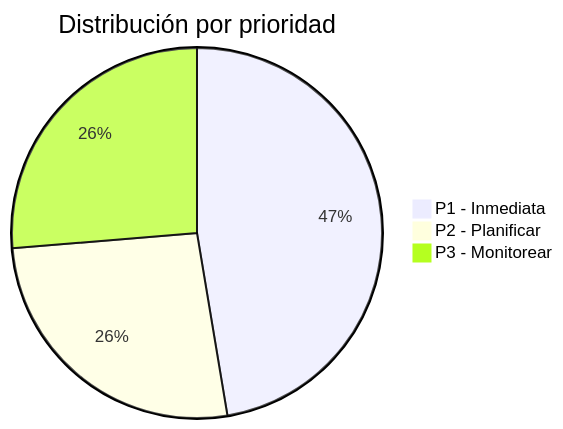
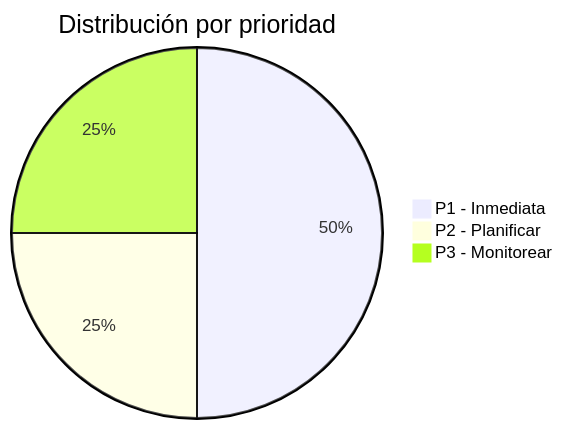
One commit to harrysxavio/opencode-architecture changed the second of 2 diagrams in docs/opencode-architecture/09-risk-register.md. Above: the diagram before and after it, drawn with Mermaid. The commit also changed other lines of this file and 4 other files, not shown here.

````diff
--- a/docs/opencode-architecture/09-risk-register.md
+++ b/docs/opencode-architecture/09-risk-register.md
@@ -75,6 +77,6 @@
 ```mermaid
 pie title Distribución por prioridad
-    "P1 - Inmediata" : 9
+    "P1 - Inmediata" : 10
     "P2 - Planificar" : 5
     "P3 - Monitorear" : 5
 ```
````
